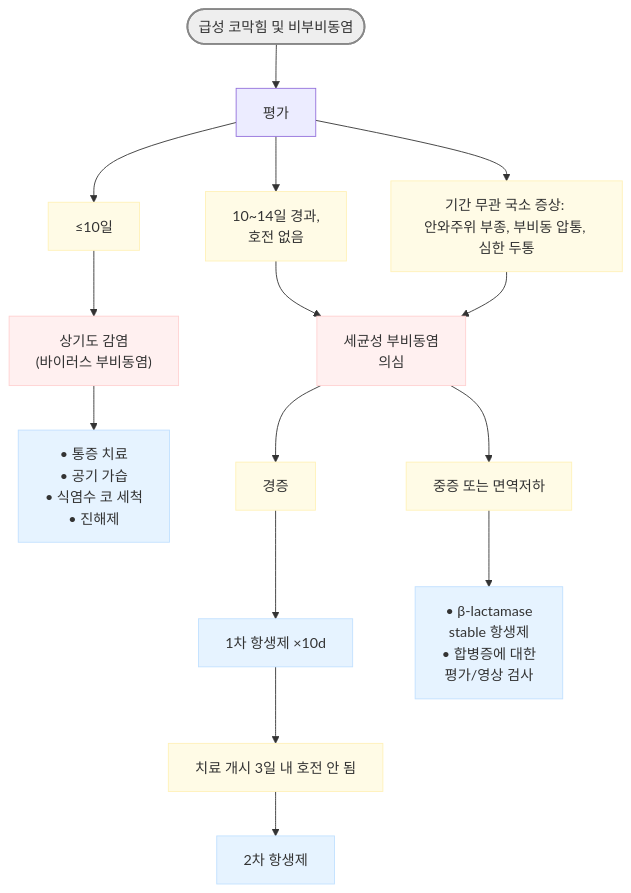
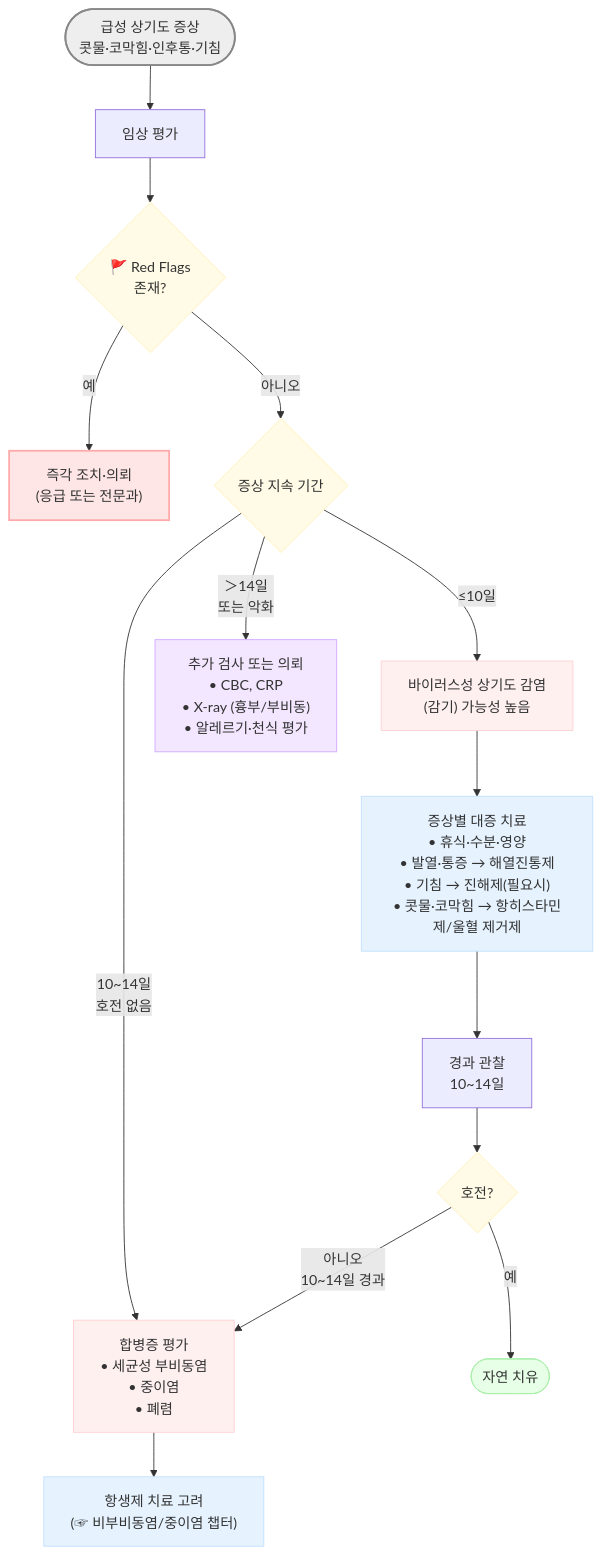
One commit to familyoh77/familyoh77 changed the diagram in 223_/060_-common-cold.md. Above: the diagram before and after it, drawn with Mermaid. The commit also changed other lines of this file, not shown here.

````diff
--- a/223_/060_-common-cold.md
+++ b/223_/060_-common-cold.md
@@ -347,66 +117,38 @@
 ```mermaid
 graph TD
-    %% 노드 정의
-    StartNode(["급성 코막힘 및 비부비동염"])
-    EvalNode["평가"]
+    Start(["급성 상기도 증상<br/>콧물·코막힘·인후통·기침"]) --> Eval["임상 평가"]
 
-    %% 첫 번째 분기
-    Under10["≤10일"]
-    URINode["상기도 감염<br/>(바이러스 부비동염)"]
-    URITreat["• 통증 치료<br/>• 공기 가습<br/>• 식염수 코 세척<br/>• 진해제"]
+    Eval --> RedFlag{"🚩 Red Flags<br/>존재?"}
 
-    %% 두 번째 분기
-    Day1014["10~14일 경과,<br/>호전 없음"]
+    RedFlag -- "예" --> Refer["즉각 조치·의뢰<br/>(응급 또는 전문과)"]
 
-    %% 세 번째 분기
-    SevereSymptom["기간 무관 국소 증상: <br/>안와주위 부종, 부비동 압통, 심한 두통"]
+    RedFlag -- "아니오" --> Duration{"증상 지속 기간"}
 
-    %% 세균성 판단 및 후속 조치
-    BacterialNode["세균성 부비동염<br/>의심"]
-    
-    Mild["경증"]
-    FirstAntibiotics["1차 항생제 ×10d"]
-    NoImprovement["치료 개시 3일 내 호전 안 됨"]
-    SecondAntibiotics["2차 항생제"]
+    Duration -- "≤10일" --> VirURI["바이러스성 상기도 감염<br/>(감기) 가능성 높음"]
 
-    Severe["중증 또는 면역저하"]
-    StableAntibiotics["• β-lactamase<br/>stable 항생제<br/>• 합병증에 대한<br/>평가/영상 검사"]
+    VirURI --> Symptom["증상별 대증 치료<br/>• 휴식·수분·영양<br/>• 발열·통증 → 해열진통제<br/>• 기침 → 진해제(필요시)<br/>• 콧물·코막힘 → 항히스타민제/울혈 제거제"]
 
-    %% 연결 관계
-    StartNode --> EvalNode
-    
-    EvalNode --> Under10
-    Under10 --> URINode
-    URINode --> URITreat
+    Symptom --> Monitor["경과 관찰<br/>10~14일"]
 
-    EvalNode --> Day1014
-    EvalNode --> SevereSymptom
+    Duration -- "10~14일<br/>호전 없음" --> Complication["합병증 평가<br/>• 세균성 부비동염<br/>• 중이염<br/>• 폐렴"]
 
-    Day1014 --> BacterialNode
-    SevereSymptom --> BacterialNode
+    Duration -- "＞14일<br/>또는 악화" --> Extended["추가 검사 또는 의뢰<br/>• CBC, CRP<br/>• X-ray (흉부/부비동)<br/>• 알레르기·천식 평가"]
 
-    BacterialNode --> Mild
-    Mild --> FirstAntibiotics
-    FirstAntibiotics --> NoImprovement
-    NoImprovement --> SecondAntibiotics
+    Monitor --> Resolved{"호전?"}
+    Resolved -- "예" --> End(["자연 치유"])
+    Resolved -- "아니오<br/>10~14일 경과" --> Complication
 
-    BacterialNode --> Severe
-    Severe --> StableAntibiotics
+    Complication --> AbxConsider["항생제 치료 고려<br/>(☞ 비부비동염/중이염 챕터)"]
 
-    %% 스타일링
-style StartNode fill:#eeeeee,stroke:#888888,stroke-width:2px
-
-
-    style URINode fill:#fff0f0,stroke:#ffd1d1
-    style BacterialNode fill:#fff0f0,stroke:#ffd1d1
-    style URITreat fill:#e6f3ff,stroke:#c1e0ff
-    style StableAntibiotics fill:#e6f3ff,stroke:#c1e0ff
-    style FirstAntibiotics fill:#e6f3ff,stroke:#c1e0ff
-    style SecondAntibiotics fill:#e6f3ff,stroke:#c1e0ff
-    style Under10 fill:#fffbe6,stroke:#fff1b8
-    style Day1014 fill:#fffbe6,stroke:#fff1b8
-    style SevereSymptom fill:#fffbe6,stroke:#fff1b8
-    style Mild fill:#fffbe6,stroke:#fff1b8
-    style Severe fill:#fffbe6,stroke:#fff1b8
-    style NoImprovement fill:#fffbe6,stroke:#fff1b8
+    style Start fill:#eeeeee,stroke:#888888,stroke-width:2px
+    style VirURI fill:#fff0f0,stroke:#ffd1d1
+    style Complication fill:#fff0f0,stroke:#ffd1d1
+    style Symptom fill:#e6f3ff,stroke:#c1e0ff
+    style AbxConsider fill:#e6f3ff,stroke:#c1e0ff
+    style RedFlag fill:#fffbe6,stroke:#fff1b8
+    style Duration fill:#fffbe6,stroke:#fff1b8
+    style Resolved fill:#fffbe6,stroke:#fff1b8
+    style Refer fill:#ffe6e6,stroke:#ffaaaa,stroke-width:2px
+    style End fill:#e6ffe6,stroke:#aaeeaa
+    style Extended fill:#f3e6ff,stroke:#d1aaff
 ```
````
